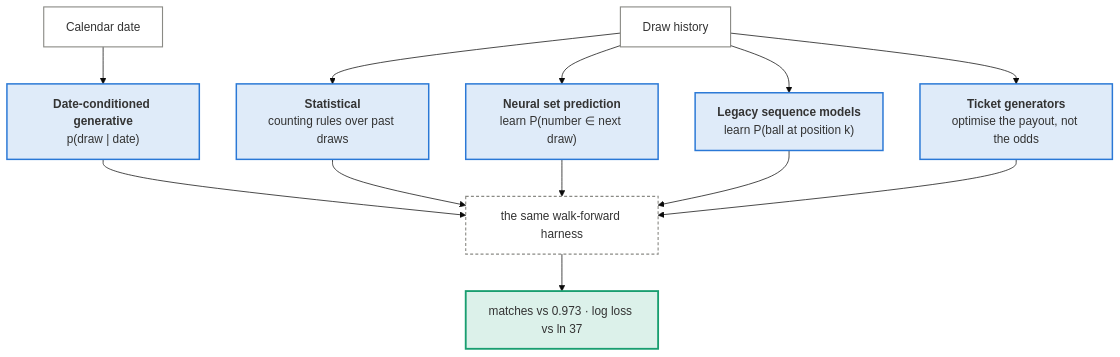
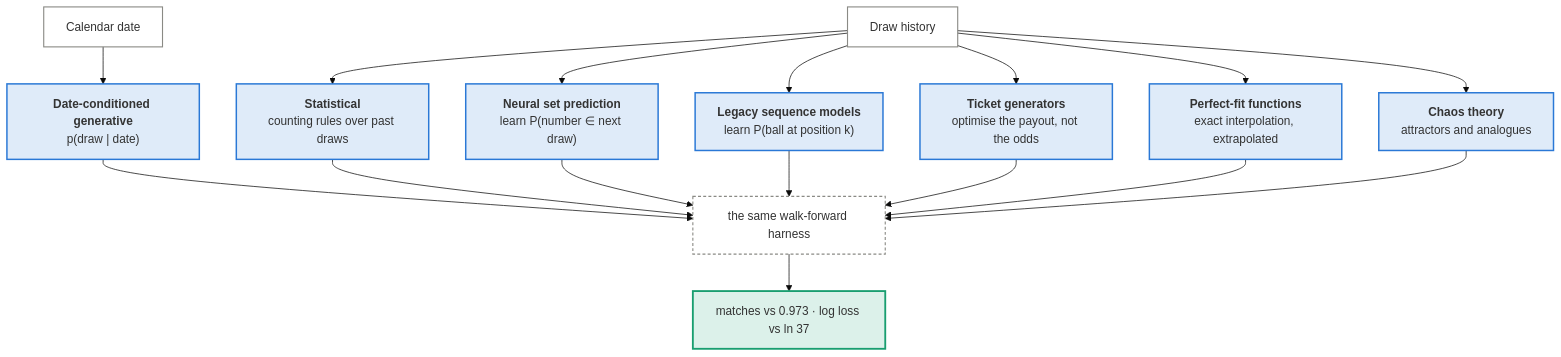
One commit to Timorleiderman/ILotto changed the first of 2 diagrams in docs/approaches/index.md. Above: the diagram before and after it, drawn with Mermaid (base theme). The commit also changed other lines of this file and 13 other files, not shown here.

First line of the commit message:
Add the chaos theory approach: Takens, analogues, surrogates — measured (#12)

````diff
--- a/docs/approaches/index.md
+++ b/docs/approaches/index.md
@@ -6,25 +6,29 @@
 ```mermaid
 flowchart TB
   H["Draw history"] --> S["<b>Statistical</b><br/>counting rules over past draws"]
   H --> N["<b>Neural set prediction</b><br/>learn P(number ∈ next draw)"]
   H --> L["<b>Legacy sequence models</b><br/>learn P(ball at position k)"]
   H --> G["<b>Ticket generators</b><br/>optimise the payout, not the odds"]
   CAL["Calendar date"] --> DC["<b>Date-conditioned generative</b><br/>p(draw | date)"]
+  H --> PF["<b>Perfect-fit functions</b><br/>exact interpolation, extrapolated"]
+  H --> CH["<b>Chaos theory</b><br/>attractors and analogues"]
 
   S --> B["the same walk-forward harness"]
   DC --> B
+  PF --> B
+  CH --> B
   N --> B
   L --> B
   G --> B
   B --> V["matches vs 0.973 · log loss vs ln 37"]
 
   class H,CAL data
-  class S,N,L,G,DC learn
+  class S,N,L,G,DC,PF,CH learn
   class B op
   class V out
   classDef data fill:none,stroke:#8a8a85,stroke-width:1.5px
   classDef learn fill:#2a78d626,stroke:#2a78d6,stroke-width:2px
   classDef op fill:none,stroke:#8a8a85,stroke-width:1.5px,stroke-dasharray:4 3
   classDef out fill:#199e7026,stroke:#199e70,stroke-width:2.5px
   classDef flaw fill:#e3494826,stroke:#e34948,stroke-width:3px
 ```
````
